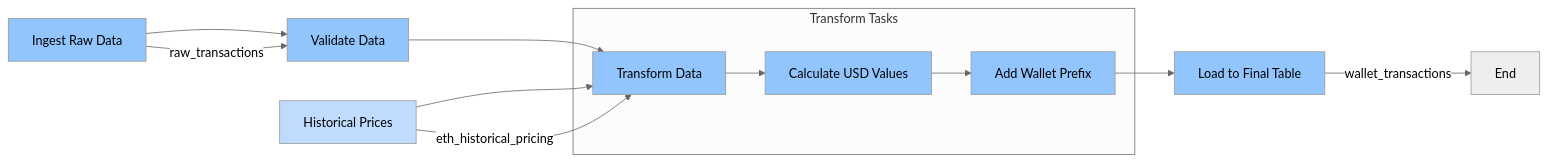
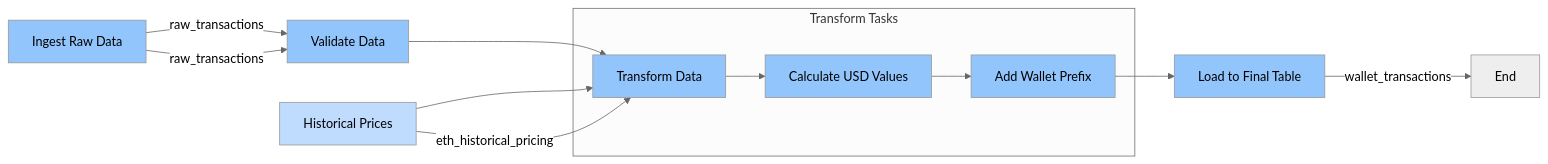
The second of 2 diagrams in README.md (tripodoreo/ae_capstone_project), drawn with Mermaid (neutral theme) before and after one commit.

````diff
--- a/README.md
+++ b/README.md
@@ -124,28 +124,28 @@
 ```mermaid
 graph LR
-    A[Ingest Raw Data] --> B[Validate Data]
+    A[Ingest Raw Data] --> |"raw_transactions"| B[Validate Data]
     B --> C[Transform Data]
     D[Historical Prices] --> C
     
     subgraph Transform Tasks
     C --> E[Calculate USD Values]
     E --> F[Add Wallet Prefix]
     end
     
     F --> G[Load to Final Table]
     
     %% Add descriptions
     A --> |"raw_transactions"| B
     D --> |"eth_historical_pricing"| C
     G --> |"wallet_transactions"| H[End]
     
     %% Style nodes
     style A fill:#93c5fd
     style B fill:#93c5fd
     style C fill:#93c5fd
     style D fill:#bfdbfe
     style E fill:#93c5fd
     style F fill:#93c5fd
     style G fill:#93c5fd
     
 ```
````
